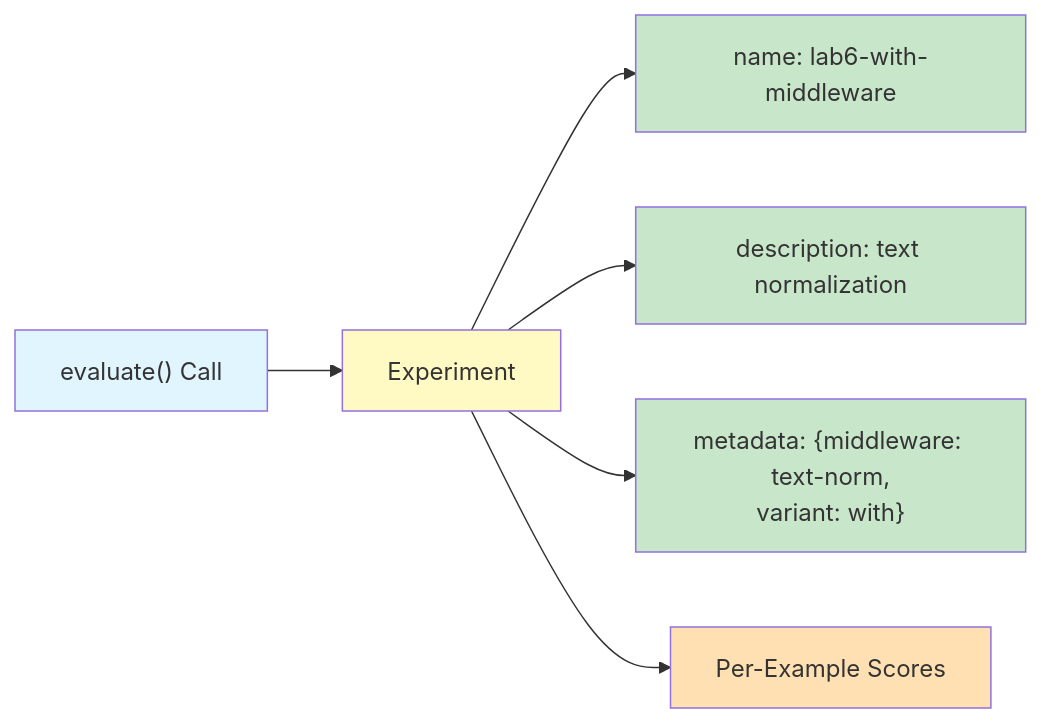
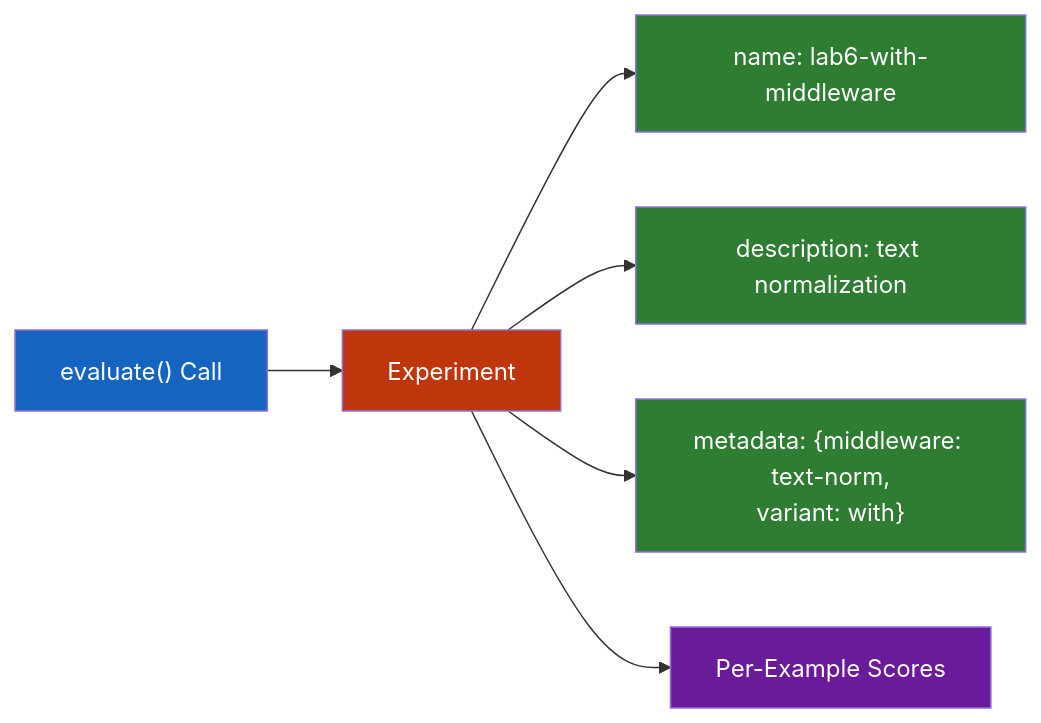
Before and after one commit to CogKnowEdge-Solutions/Orchestration: the first of 2 diagrams in Langsmith-Labs/Lab6-Intermediate/running-experiments/lab-running-experiments.md, drawn with Mermaid. The commit also changed other lines of this file and 1 other file, not shown here.

Commit message:
Update Mermaid diagrams with contrasting colors for better text visibility

````diff
--- a/Langsmith-Labs/Lab6-Intermediate/running-experiments/lab-running-experiments.md
+++ b/Langsmith-Labs/Lab6-Intermediate/running-experiments/lab-running-experiments.md
@@ -85,15 +85,15 @@
 ```mermaid
 graph LR
     A["evaluate() Call"] --> B["Experiment"]
     B --> C["name: lab6-with-middleware"]
     B --> D["description: text normalization"]
     B --> E["metadata: {middleware: text-norm,<br/>variant: with}"]
     B --> F["Per-Example Scores"]
     
-    style A fill:#e1f5ff
-    style B fill:#fff9c4
-    style C fill:#c8e6c9
-    style D fill:#c8e6c9
-    style E fill:#c8e6c9
-    style F fill:#ffe0b2
+    style A fill:#1565c0,color:#fff
+    style B fill:#bf360c,color:#fff
+    style C fill:#2e7d32,color:#fff
+    style D fill:#2e7d32,color:#fff
+    style E fill:#2e7d32,color:#fff
+    style F fill:#6a1b9a,color:#fff
 ```
````
